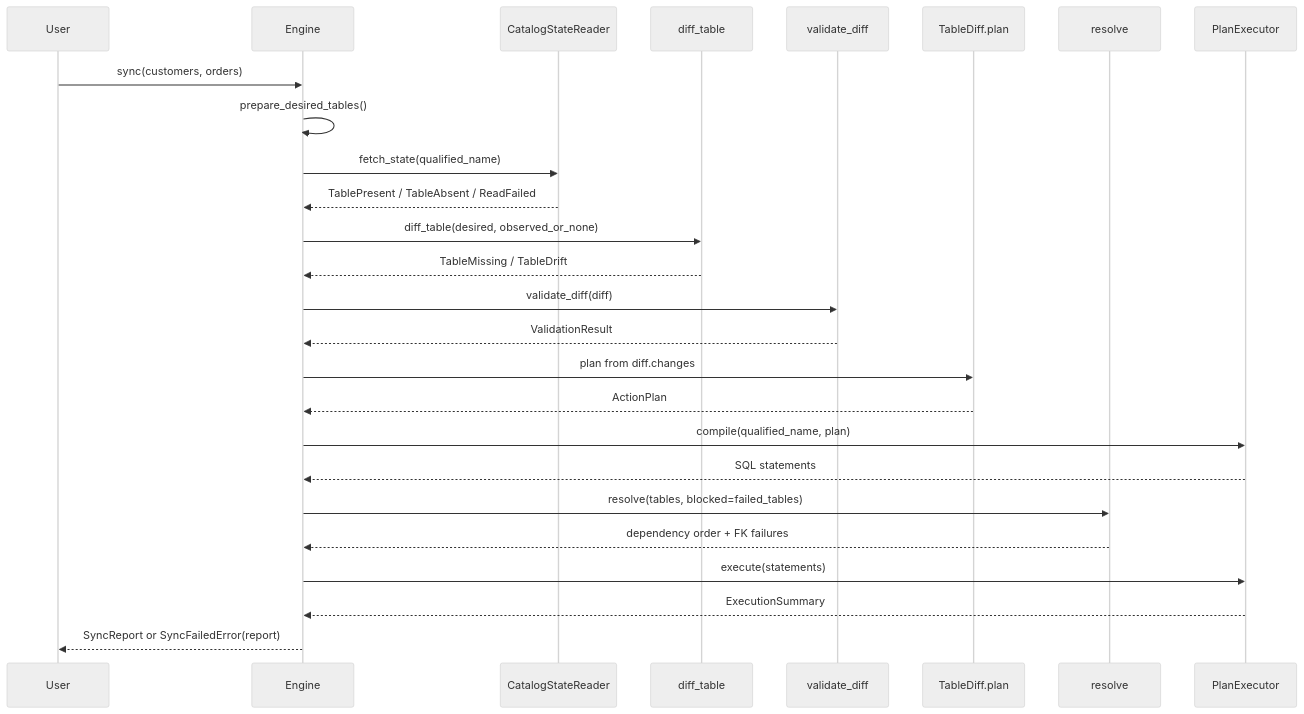
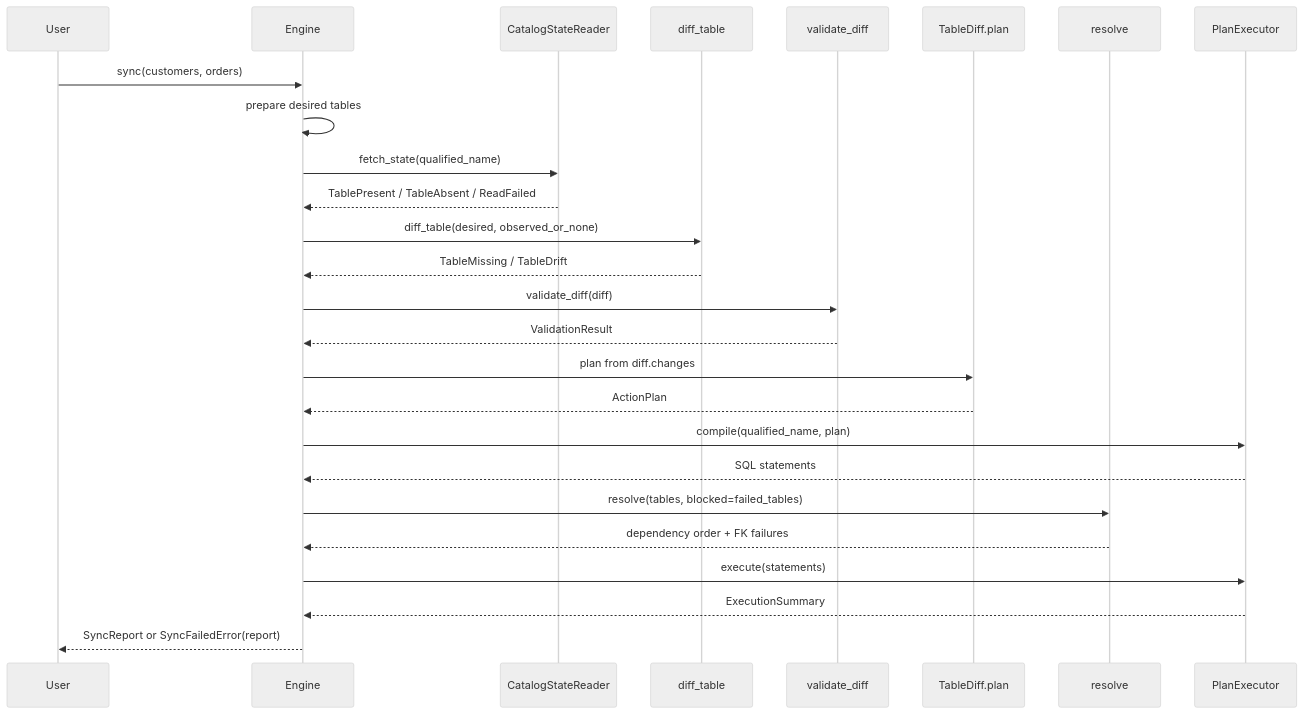
The third of 5 diagrams in docs/explanation-architecture.md (Tomoscorbin/delta-engine), drawn with Mermaid (neutral theme) before and after one commit. The commit also changed 5 other files, not shown here.

First line of the commit message:
refactor: fold desired-table preparation into the engine, move DesiredTableSource to ports

````diff
--- a/docs/explanation-architecture.md
+++ b/docs/explanation-architecture.md
@@ -234,29 +234,29 @@
 ```mermaid
 sequenceDiagram
     participant User
     participant Engine
     participant Reader as CatalogStateReader
     participant Differ as diff_table
     participant Validator as validate_diff
     participant Planner as TableDiff.plan
     participant Resolver as resolve
     participant Executor as PlanExecutor
 
     User->>Engine: sync(customers, orders)
-    Engine->>Engine: prepare_desired_tables()
+    Engine->>Engine: prepare desired tables
     Engine->>Reader: fetch_state(qualified_name)
     Reader-->>Engine: TablePresent / TableAbsent / ReadFailed
     Engine->>Differ: diff_table(desired, observed_or_none)
     Differ-->>Engine: TableMissing / TableDrift
     Engine->>Validator: validate_diff(diff)
     Validator-->>Engine: ValidationResult
     Engine->>Planner: plan from diff.changes
     Planner-->>Engine: ActionPlan
     Engine->>Executor: compile(qualified_name, plan)
     Executor-->>Engine: SQL statements
     Engine->>Resolver: resolve(tables, blocked=failed_tables)
     Resolver-->>Engine: dependency order + FK failures
     Engine->>Executor: execute(statements)
     Executor-->>Engine: ExecutionSummary
     Engine-->>User: SyncReport or SyncFailedError(report)
 ```
````
